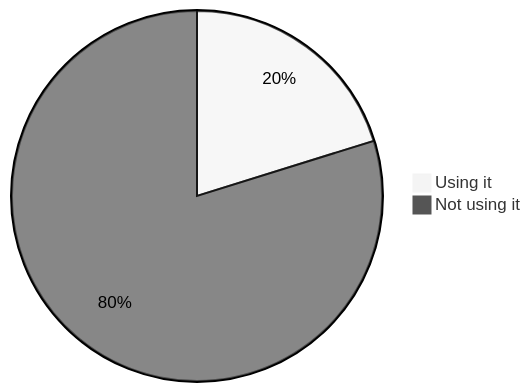
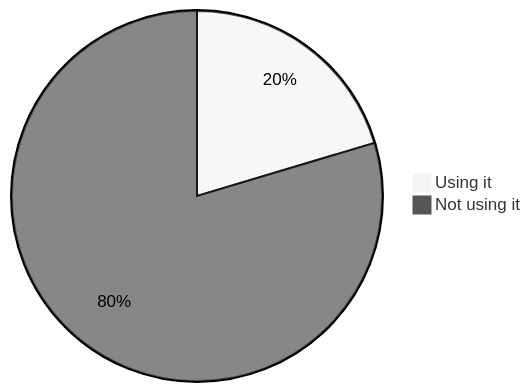
One commit to oshp/oshp-stats changed diagram 16 of 22 in stats.md. Above: the diagram before and after it, drawn with Mermaid (neutral theme). The commit also changed other lines of this file, not shown here.

````diff
--- a/stats.md
+++ b/stats.md
@@ -190,6 +190,6 @@
 ```mermaid
 pie
-	"Using it" : 20.19
-	"Not using it" : 79.81
+	"Using it" : 20.37
+	"Not using it" : 79.63
 
 ```
````
